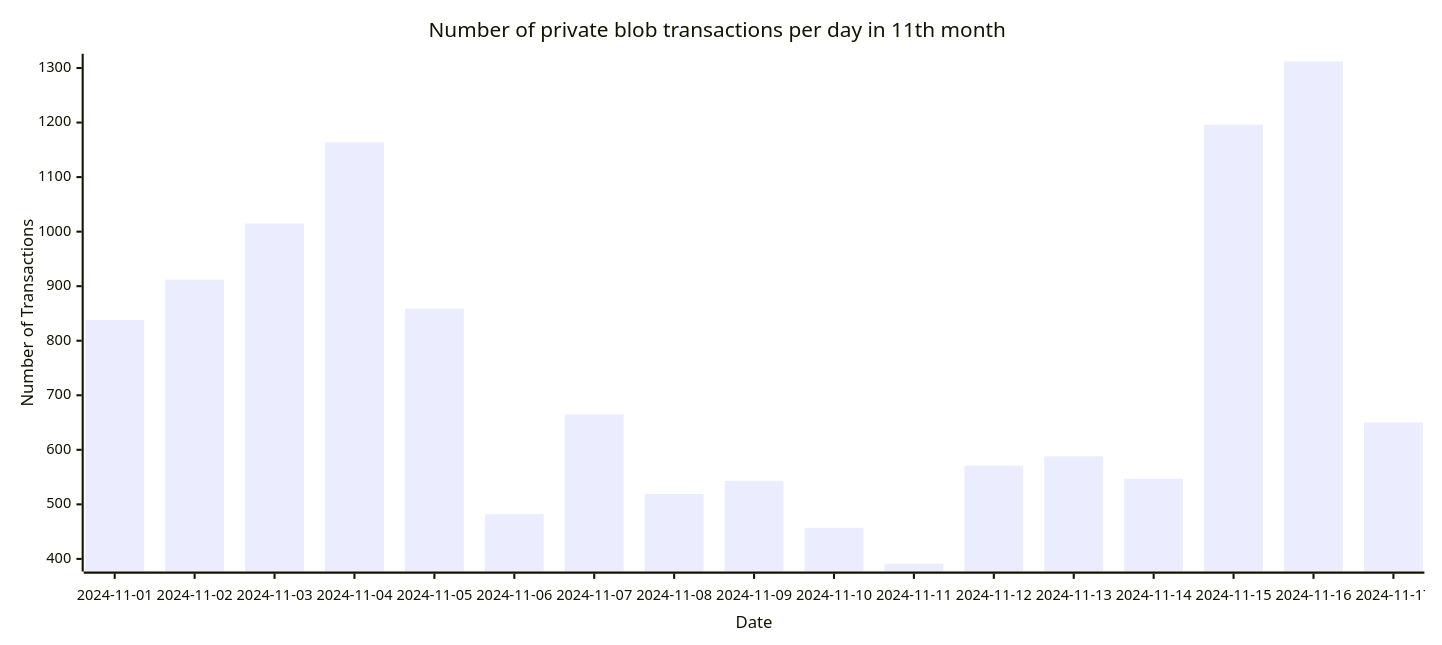
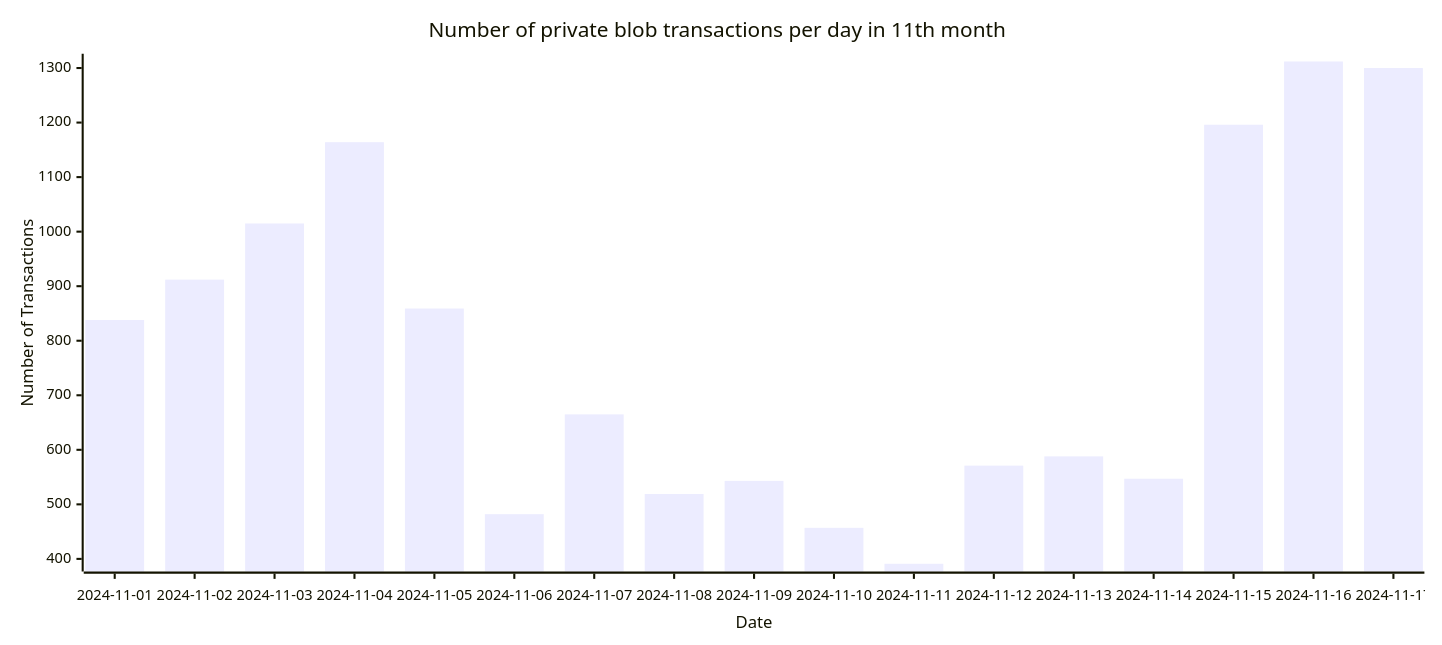
One commit to Amit0617/eip4844-data changed the ninth of 9 diagrams in README.md. Above: the diagram before and after it, drawn with Mermaid. The commit also changed 1 other file, not shown here.

````diff
--- a/README.md
+++ b/README.md
@@ -105,12 +105,12 @@
 ```mermaid
 ---
 config:
     xyChart:
         width: 1360
         height: 600
 ---
 xychart-beta title "Number of private blob transactions per day in 11th month"
 x-axis "Date" [2024-11-01,2024-11-02,2024-11-03,2024-11-04,2024-11-05,2024-11-06,2024-11-07,2024-11-08,2024-11-09,2024-11-10,2024-11-11,2024-11-12,2024-11-13,2024-11-14,2024-11-15,2024-11-16,2024-11-17]
 y-axis "Number of Transactions"
-bar[838,912,1015,1164,859,482,665,519,543,457,391,571,588,547,1196,1312,650]
+bar[838,912,1015,1164,859,482,665,519,543,457,391,571,588,547,1196,1312,1300]
 ```
````
